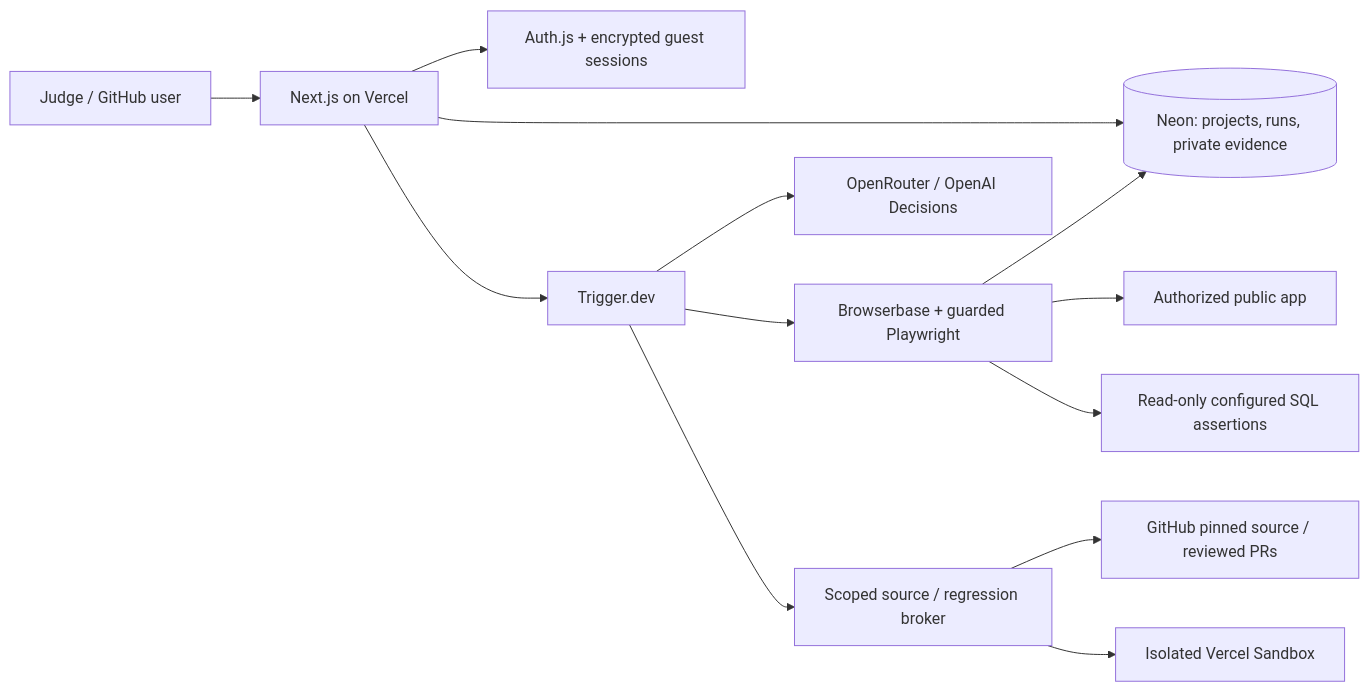
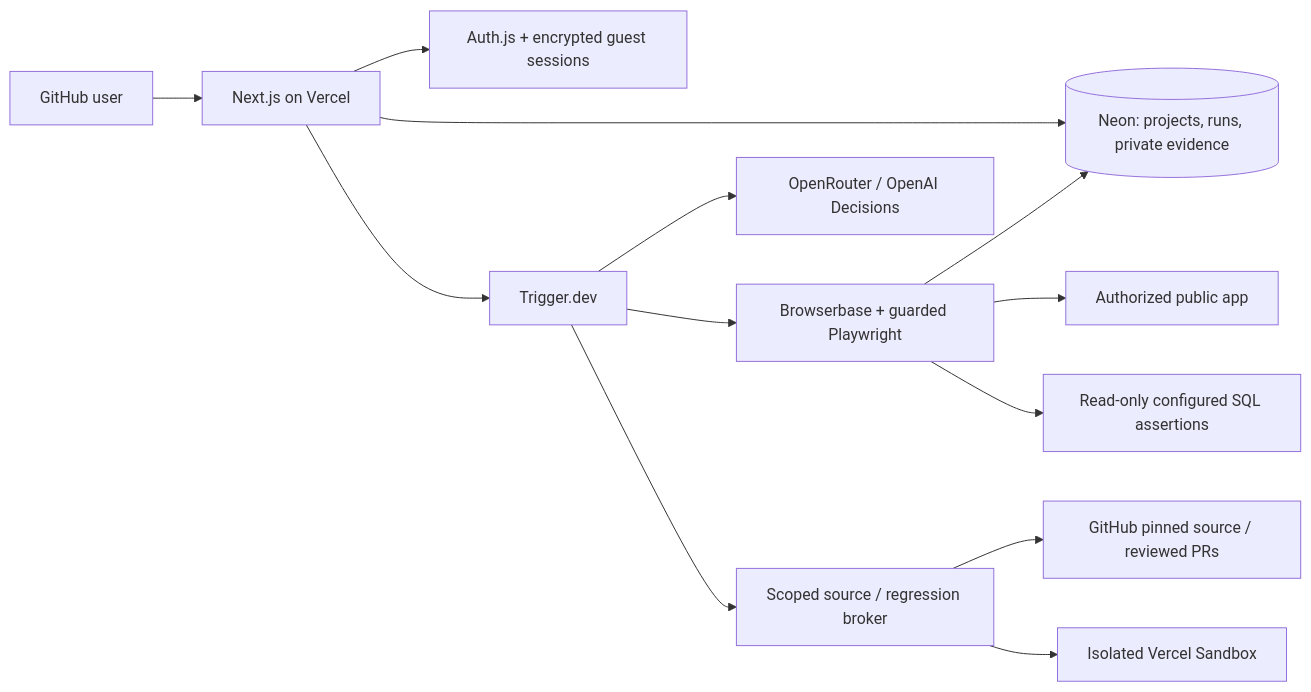
Before and after one commit to James-Software/Preflight: the diagram in README.md, drawn with Mermaid. The commit also changed other lines of this file and 150 other files, not shown here.

````diff
--- a/README.md
+++ b/README.md
@@ -37,15 +37,15 @@
 ```mermaid
 flowchart LR
-  User[Judge / GitHub user] --> Web[Next.js on Vercel]
+  User[GitHub user] --> Web[Next.js on Vercel]
   Web --> Auth[Auth.js + encrypted guest sessions]
   Web --> DB[(Neon: projects, runs, private evidence)]
   Web --> Queue[Trigger.dev]
   Queue --> Browser[Browserbase + guarded Playwright]
   Browser --> App[Authorized public app]
   Browser --> SQL[Read-only configured SQL assertions]
   Queue --> AI[OpenRouter / OpenAI Decisions]
   Queue --> Broker[Scoped source / regression broker]
   Broker --> GitHub[GitHub pinned source / reviewed PRs]
   Broker --> Sandbox[Isolated Vercel Sandbox]
   Browser --> DB
 ```
````
